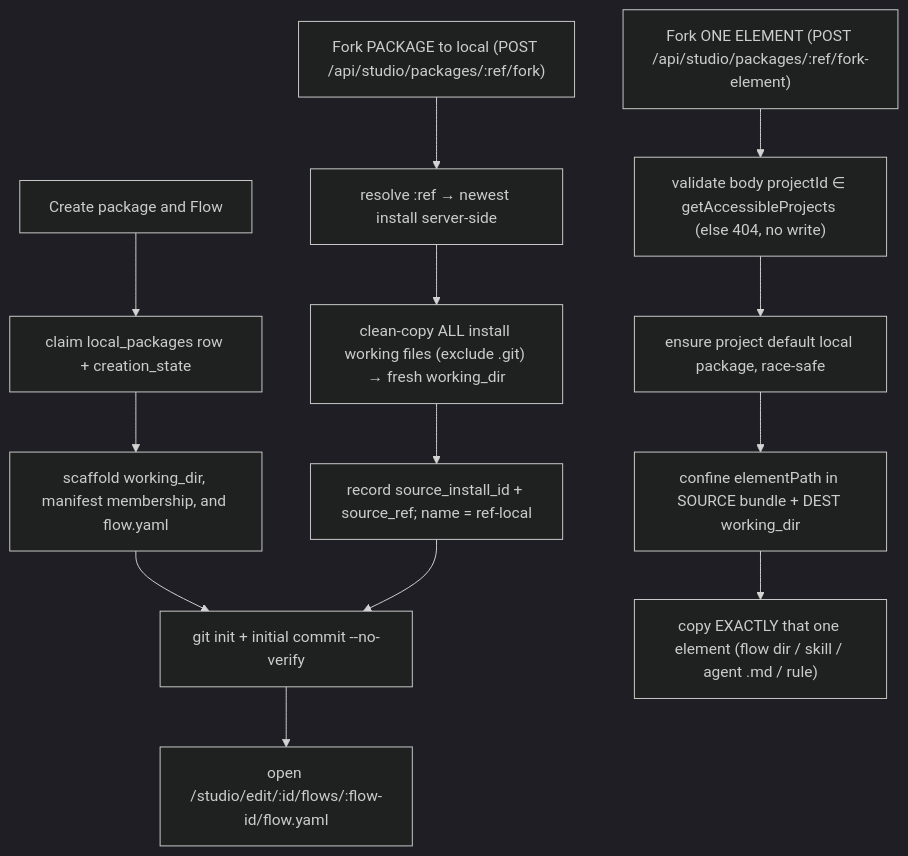
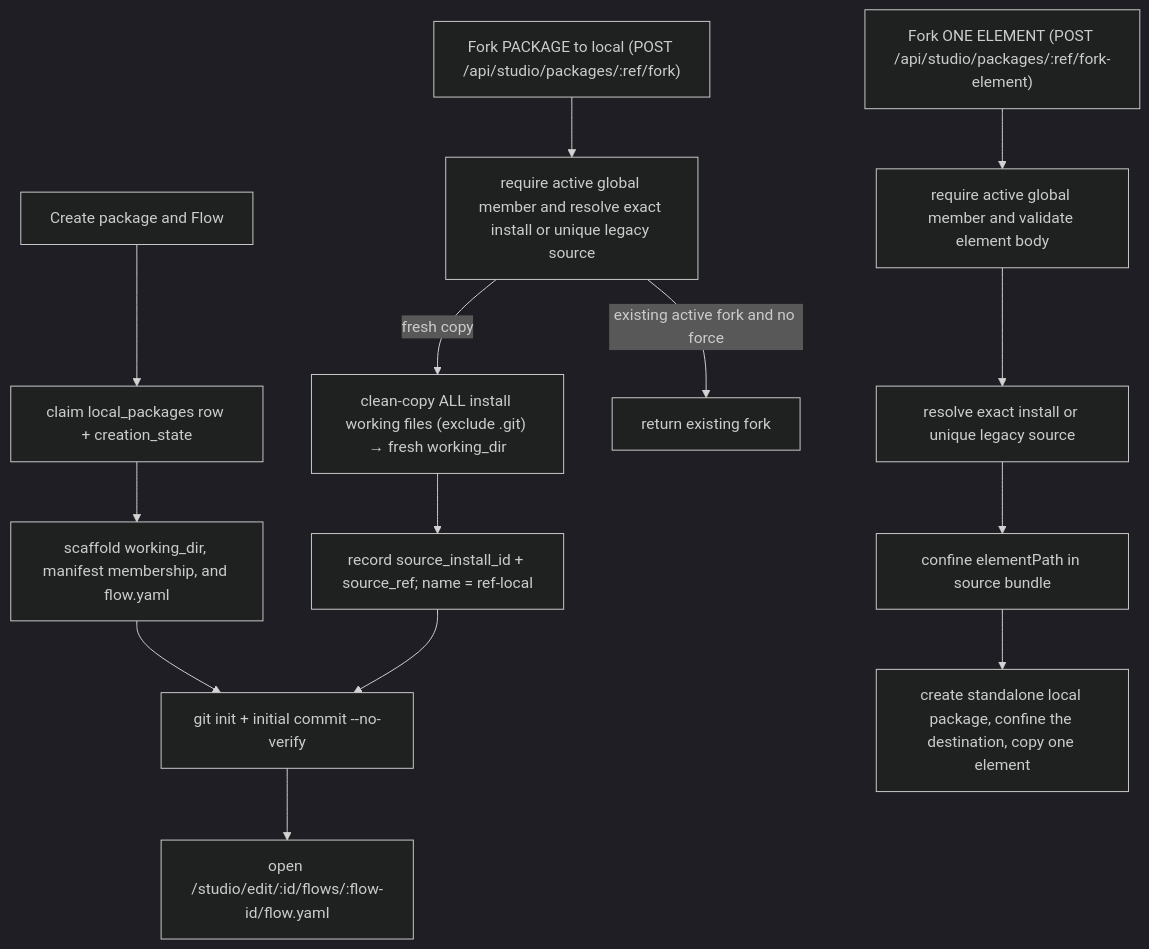
Before and after one commit to maister-dev/maister: the third of 13 diagrams in docs/system-analytics/local-packages.md, drawn with Mermaid (dark theme). The commit also changed other lines of this file and 9 other files, not shown here.

````diff
--- a/docs/system-analytics/local-packages.md
+++ b/docs/system-analytics/local-packages.md
@@ -94,17 +94,18 @@
 ```mermaid
 flowchart TD
     A[Create package and Flow] --> B[claim local_packages row + creation_state]
     B --> C[scaffold working_dir, manifest membership, and flow.yaml]
     C --> D[git init + initial commit --no-verify]
     D --> E[open /studio/edit/:id/flows/:flow-id/flow.yaml]
 
-    F["Fork PACKAGE to local (POST /api/studio/packages/:ref/fork)"] --> G1[resolve :ref → newest install server-side]
-    G1 --> G2["clean-copy ALL install working files (exclude .git) → fresh working_dir"]
+    F["Fork PACKAGE to local (POST /api/studio/packages/:ref/fork)"] --> G1[require active global member and resolve exact install or unique legacy source]
+    G1 -->|fresh copy| G2["clean-copy ALL install working files (exclude .git) → fresh working_dir"]
+    G1 -->|existing active fork and no force| G3[return existing fork]
     G2 --> H[record source_install_id + source_ref; name = ref-local]
     H --> D
 
-    K["Fork ONE ELEMENT (POST /api/studio/packages/:ref/fork-element)"] --> K1["validate body projectId ∈ getAccessibleProjects (else 404, no write)"]
-    K1 --> K2[ensure project default local package, race-safe]
-    K2 --> K3["confine elementPath in SOURCE bundle + DEST working_dir"]
-    K3 --> K4["copy EXACTLY that one element (flow dir / skill / agent .md / rule)"]
+    K["Fork ONE ELEMENT (POST /api/studio/packages/:ref/fork-element)"] --> K1[require active global member and validate element body]
+    K1 --> K2[resolve exact install or unique legacy source]
+    K2 --> K3["confine elementPath in source bundle"]
+    K3 --> K4["create standalone local package, confine the destination, copy one element"]
 ```
````
